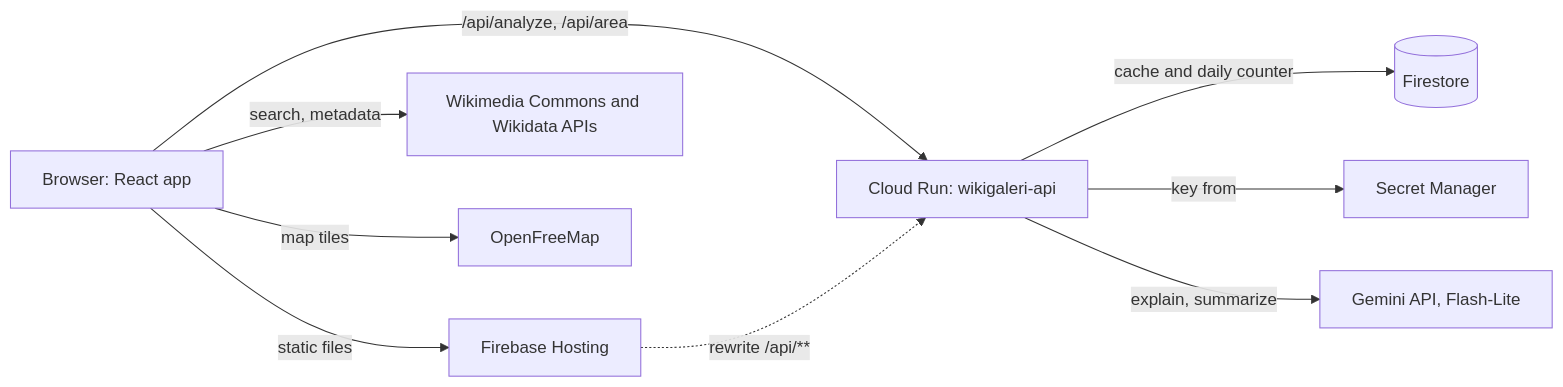
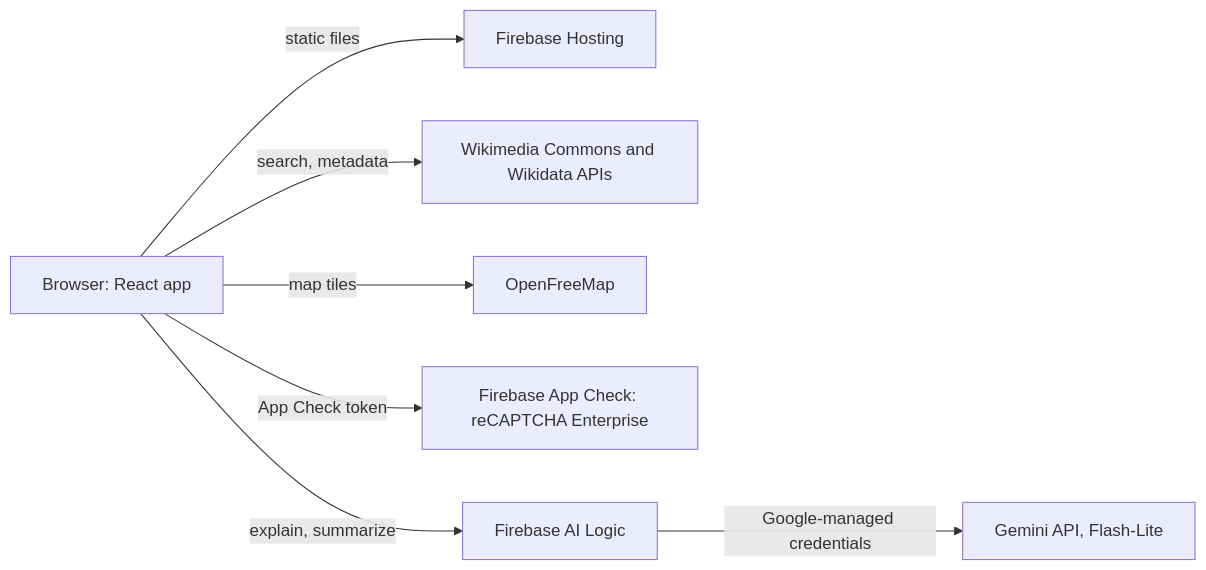
The first of 2 diagrams in README.md (affandymurad/wikigaleri), drawn with Mermaid before and after one commit. The commit also changed other lines of this file, not shown here.

First line of the commit message:
Describe the Firebase AI Logic setup in the README

````diff
--- a/README.md
+++ b/README.md
@@ -72,11 +72,9 @@
 ```mermaid
 flowchart LR
   U[Browser: React app] -->|static files| H[Firebase Hosting]
   U -->|search, metadata| W[Wikimedia Commons and Wikidata APIs]
   U -->|map tiles| M[OpenFreeMap]
-  U -->|/api/analyze, /api/area| R[Cloud Run: wikigaleri-api]
-  H -.->|rewrite /api/**| R
-  R -->|cache and daily counter| F[(Firestore)]
-  R -->|key from| S[Secret Manager]
-  R -->|explain, summarize| G[Gemini API, Flash-Lite]
+  U -->|App Check token| C[Firebase App Check: reCAPTCHA Enterprise]
+  U -->|explain, summarize| L[Firebase AI Logic]
+  L -->|Google-managed credentials| G[Gemini API, Flash-Lite]
 ```
````
